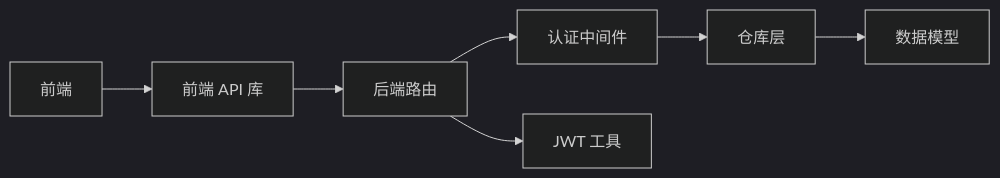
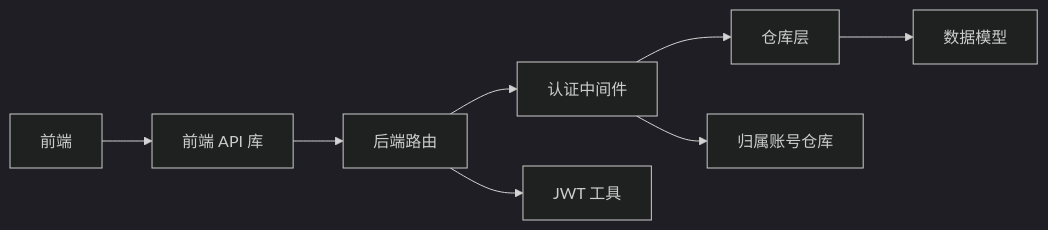
The ninth of 9 diagrams in docs/安全机制/API 密钥管理.md (x01n/My-OpenWaf), drawn with Mermaid (dark theme) before and after one commit. The commit also changed other lines of this file and 622 other files, not shown here.

````diff
--- a/docs/安全机制/API 密钥管理.md
+++ b/docs/安全机制/API 密钥管理.md
@@ -307,9 +363,10 @@
 ```mermaid
 graph LR
 FE["前端"] --> API["前端 API 库"]
 API --> Router["后端路由"]
 Router --> MW["认证中间件"]
 MW --> Repo["仓库层"]
 Repo --> Models["数据模型"]
+MW --> Acct["归属账号仓库"]
 Router --> Auth["JWT 工具"]
 ```
````
